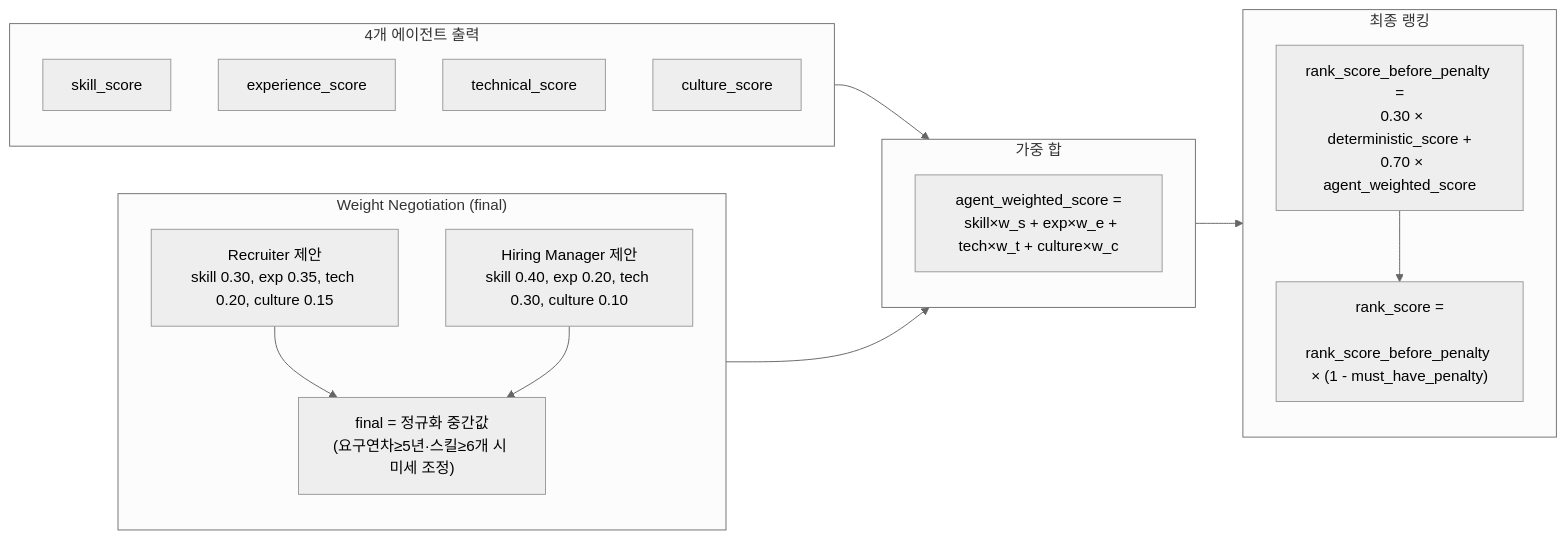
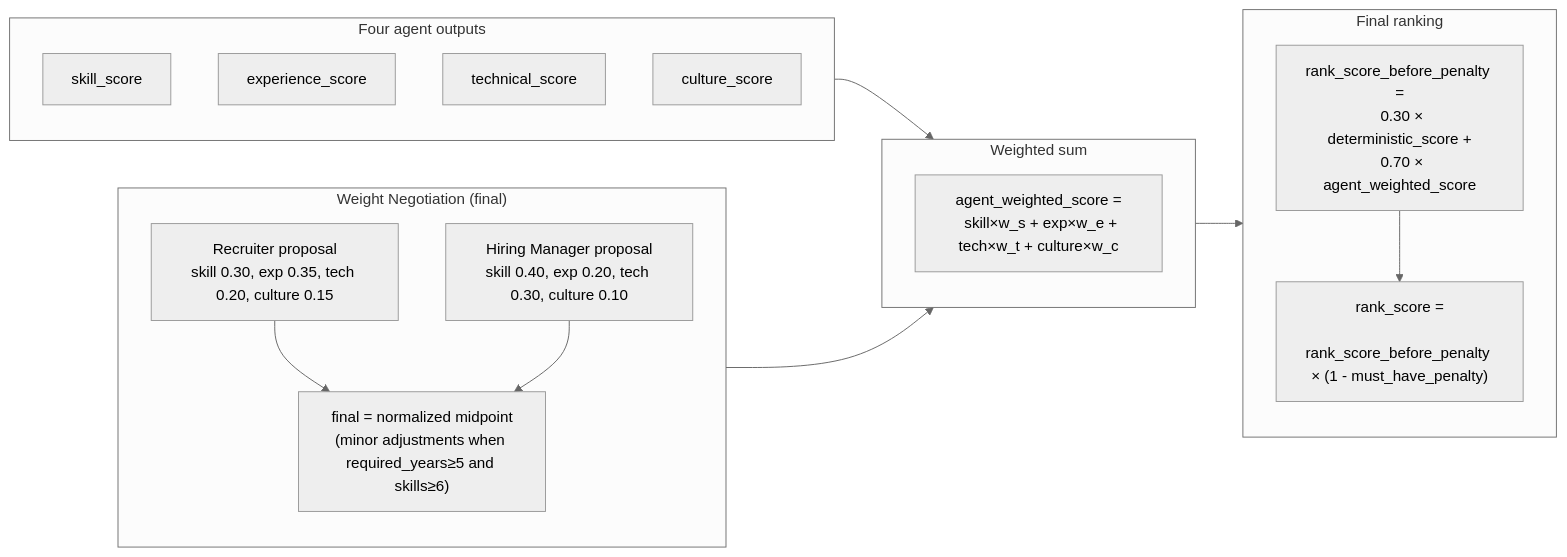
Before and after one commit to rhsoddld/resume-matching-pj: the sixth of 7 diagrams in docs/guides/codebase-core-flows.md, drawn with Mermaid (neutral theme). The commit also changed other lines of this file and 40 other files, not shown here.

````diff
--- a/docs/guides/codebase-core-flows.md
+++ b/docs/guides/codebase-core-flows.md
@@ -361,30 +361,30 @@
 ```mermaid
 flowchart LR
-  subgraph SCORES["4개 에이전트 출력"]
+  subgraph SCORES["Four agent outputs"]
     s["skill_score"]
     e["experience_score"]
     t["technical_score"]
     c["culture_score"]
   end
 
   subgraph WEIGHTS["Weight Negotiation (final)"]
-    w_rec["Recruiter 제안\nskill 0.30, exp 0.35, tech 0.20, culture 0.15"]
-    w_hm["Hiring Manager 제안\nskill 0.40, exp 0.20, tech 0.30, culture 0.10"]
-    w_rec --> w_final["final = 정규화 중간값\n(요구연차≥5년·스킬≥6개 시 미세 조정)"]
+    w_rec["Recruiter proposal\nskill 0.30, exp 0.35, tech 0.20, culture 0.15"]
+    w_hm["Hiring Manager proposal\nskill 0.40, exp 0.20, tech 0.30, culture 0.10"]
+    w_rec --> w_final["final = normalized midpoint\n(minor adjustments when required_years≥5 and skills≥6)"]
     w_hm --> w_final
   end
 
-  subgraph WEIGHTED["가중 합"]
+  subgraph WEIGHTED["Weighted sum"]
     formula["agent_weighted_score =\n  skill×w_s + exp×w_e + tech×w_t + culture×w_c"]
   end
 
-  subgraph RANK["최종 랭킹"]
+  subgraph RANK["Final ranking"]
     blend["rank_score_before_penalty =\n  0.30 × deterministic_score +\n  0.70 × agent_weighted_score"]
     penalty["rank_score =\n  rank_score_before_penalty × (1 - must_have_penalty)"]
     blend --> penalty
   end
 
   SCORES --> WEIGHTED
   WEIGHTS --> WEIGHTED
   WEIGHTED --> RANK
 ```
````
